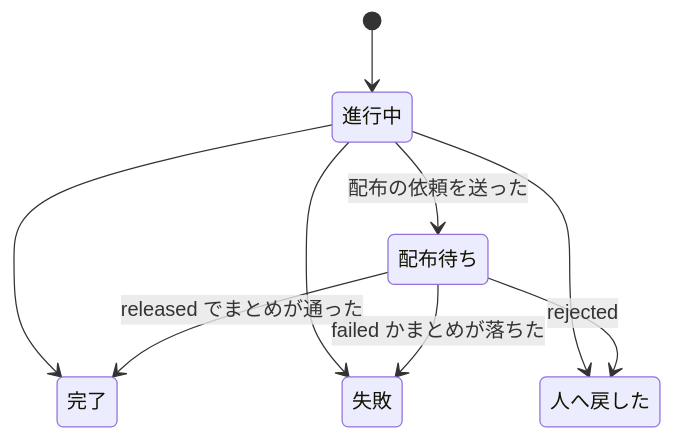
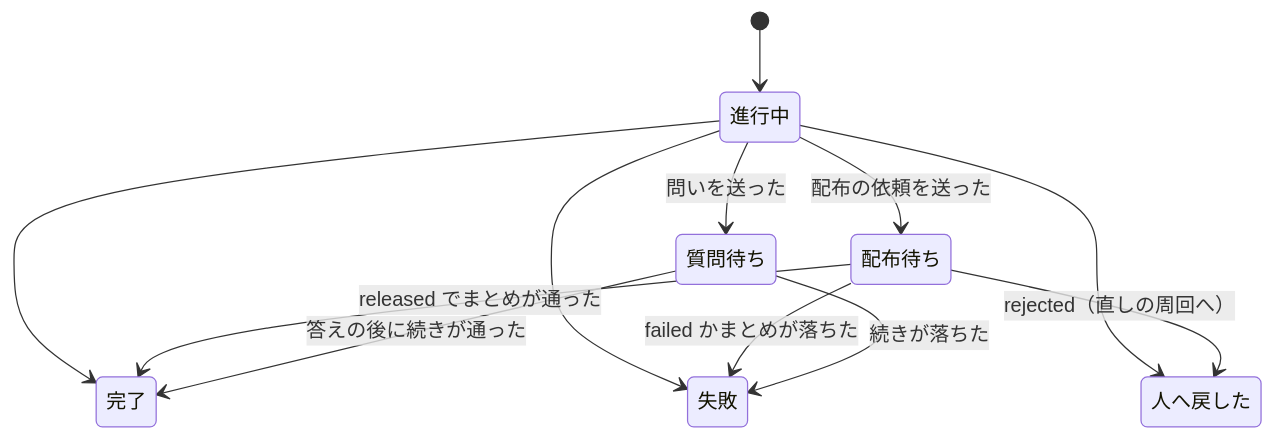
Before and after one commit to devbasex/ai-plugins: the diagram in issues/issue-2436-design-lane-loop.md, drawn with Mermaid. The commit also changed other lines of this file and 5 other files, not shown here.

````diff
--- a/issues/issue-2436-design-lane-loop.md
+++ b/issues/issue-2436-design-lane-loop.md
@@ -21,11 +22,14 @@
 ```mermaid
 stateDiagram-v2
     [*] --> 進行中
     進行中 --> 配布待ち: 配布の依頼を送った
     進行中 --> 完了
     進行中 --> 失敗
     進行中 --> 人へ戻した
     配布待ち --> 完了: released でまとめが通った
     配布待ち --> 失敗: failed かまとめが落ちた
-    配布待ち --> 人へ戻した: rejected
+    配布待ち --> 人へ戻した: rejected（直しの周回へ）
+    進行中 --> 質問待ち: 問いを送った
+    質問待ち --> 完了: 答えの後に続きが通った
+    質問待ち --> 失敗: 続きが落ちた
 ```
````
